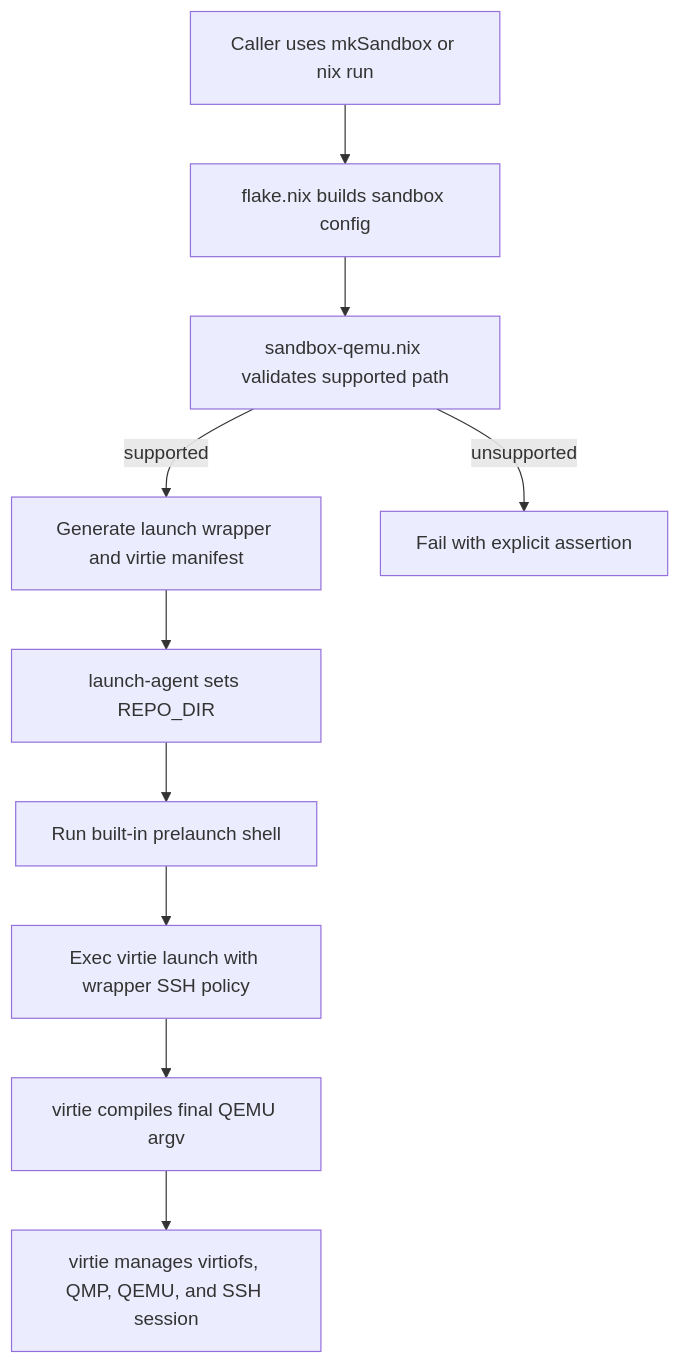
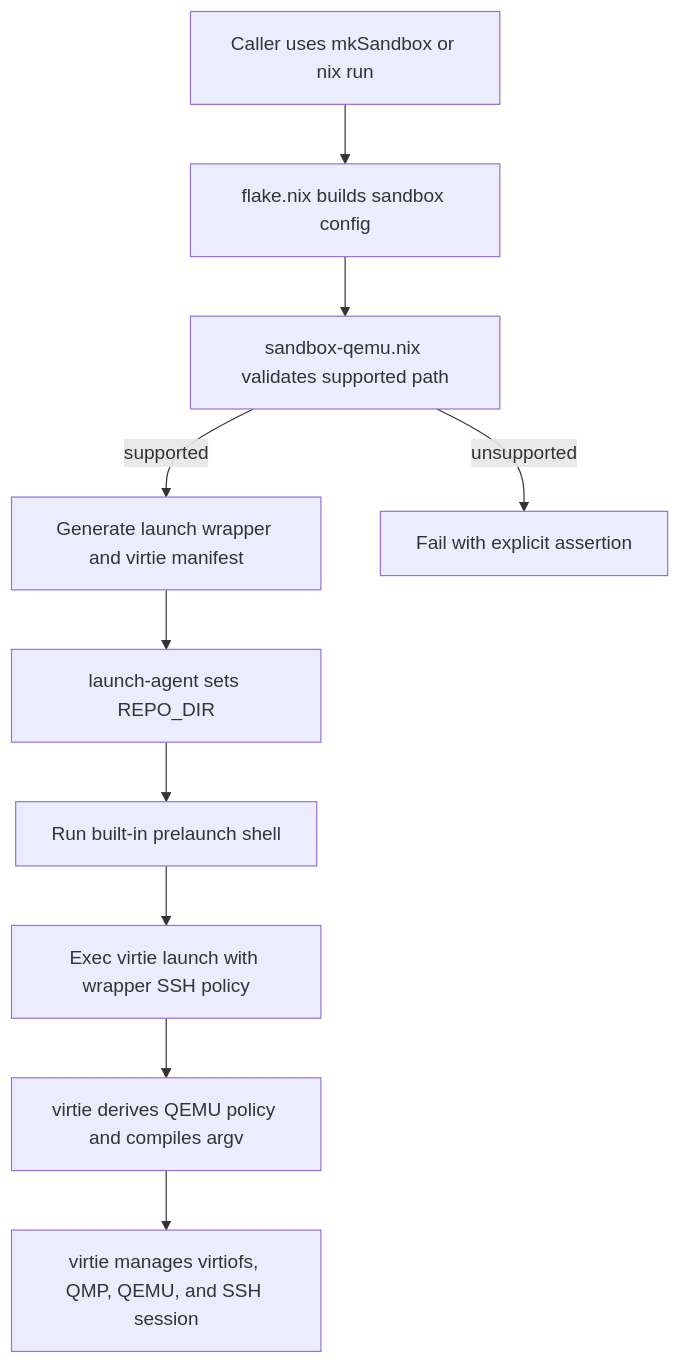
Before and after one commit to shazow/agentspace: the diagram in .specs/agentspace.md, drawn with Mermaid. The commit also changed other lines of this file and 22 other files, not shown here.

First line of the commit message:
virtie: Simplify manifest policy boundary

````diff
--- a/.specs/agentspace.md
+++ b/.specs/agentspace.md
@@ -84,12 +84,12 @@
 ```mermaid
 flowchart TD
   A[Caller uses mkSandbox or nix run] --> B[flake.nix builds sandbox config]
   B --> C[sandbox-qemu.nix validates supported path]
   C -->|supported| D[Generate launch wrapper and virtie manifest]
   C -->|unsupported| E[Fail with explicit assertion]
   D --> F[launch-agent sets REPO_DIR]
   F --> G[Run built-in prelaunch shell]
   G --> H[Exec virtie launch with wrapper SSH policy]
-  H --> I[virtie compiles final QEMU argv]
+  H --> I[virtie derives QEMU policy and compiles argv]
   I --> J[virtie manages virtiofs, QMP, QEMU, and SSH session]
 ```
````
